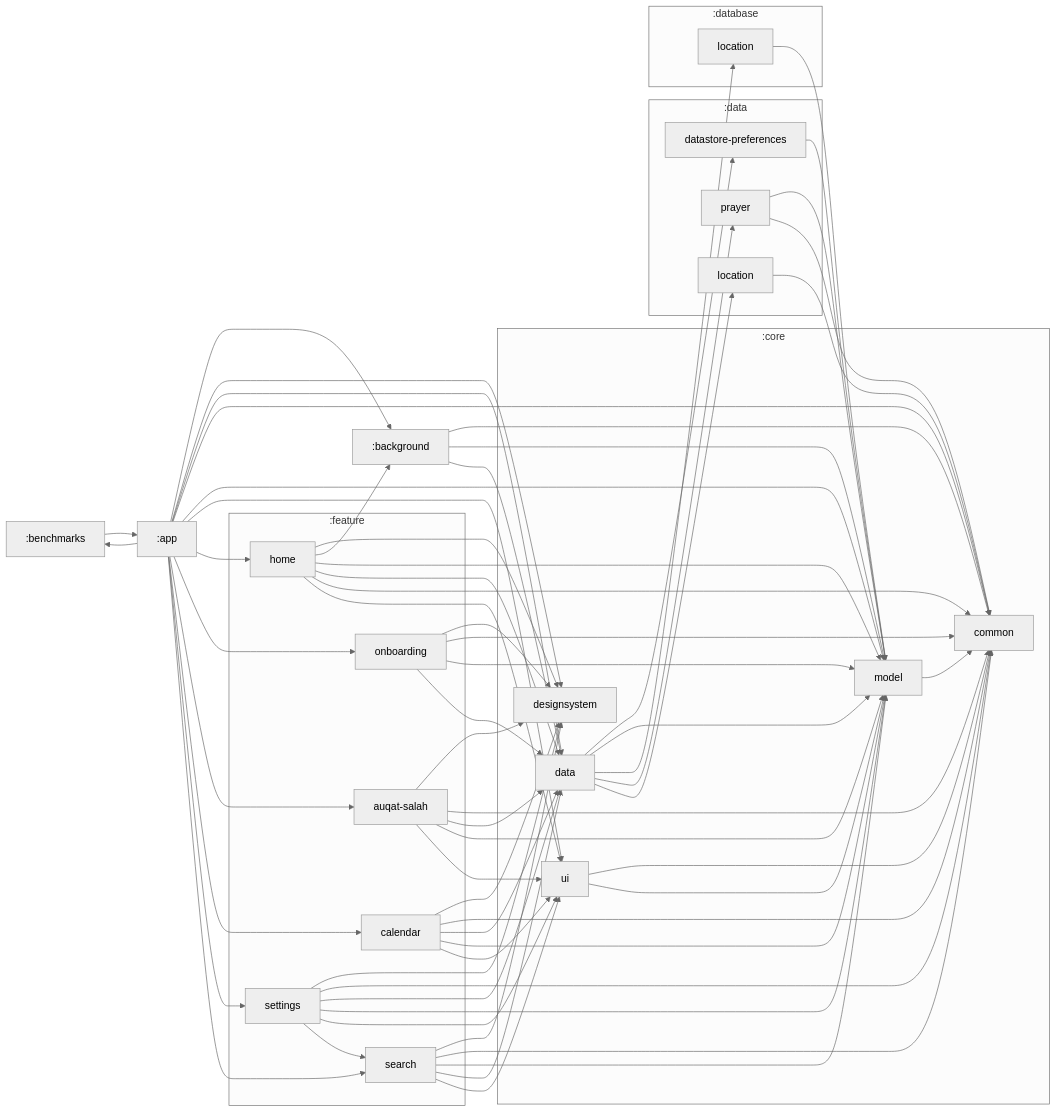
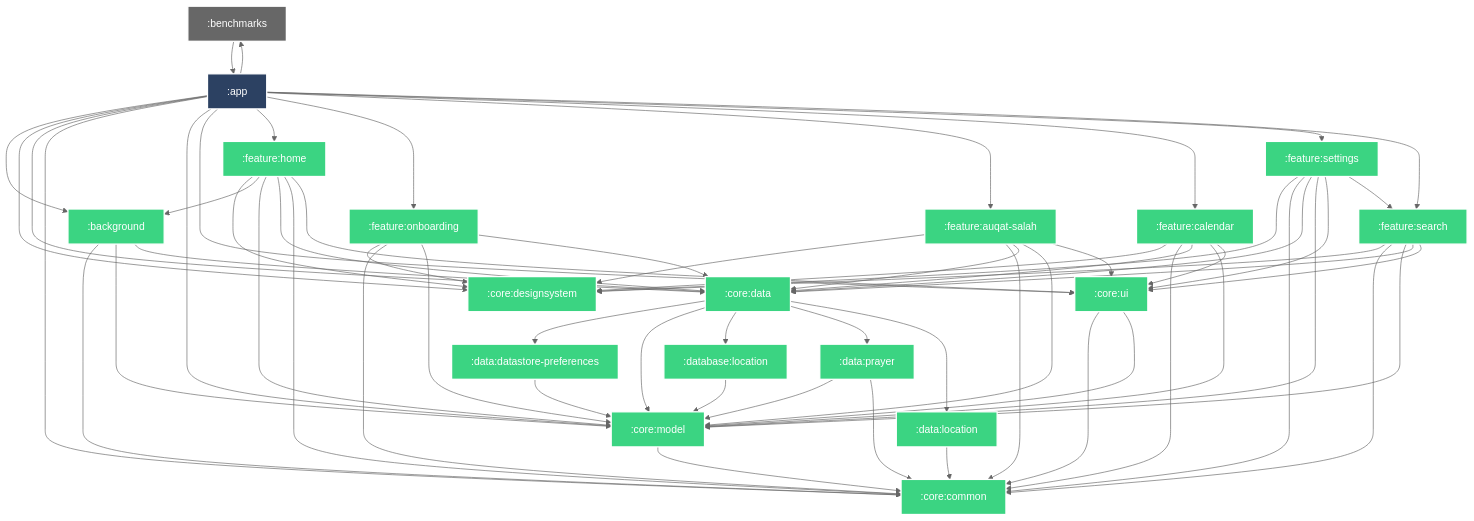
One commit to MAshhal/VencordThemes changed the diagram in README.md. Above: the diagram before and after it, drawn with Mermaid.

````diff
--- a/README.md
+++ b/README.md
@@ -7,30 +7,7 @@
   }
 }%%
 
-graph LR
-  subgraph :core
-    :core:designsystem["designsystem"]
-    :core:common["common"]
-    :core:data["data"]
-    :core:model["model"]
-    :core:ui["ui"]
-  end
-  subgraph :data
-    :data:prayer["prayer"]
-    :data:datastore-preferences["datastore-preferences"]
-    :data:location["location"]
-  end
-  subgraph :database
-    :database:location["location"]
-  end
-  subgraph :feature
-    :feature:calendar["calendar"]
-    :feature:settings["settings"]
-    :feature:search["search"]
-    :feature:home["home"]
-    :feature:onboarding["onboarding"]
-    :feature:auqat-salah["auqat-salah"]
-  end
+graph TB
   :feature:calendar --> :core:designsystem
   :feature:calendar --> :core:common
   :feature:calendar --> :core:data
@@ -92,4 +69,27 @@
   :core:ui --> :core:common
   :core:ui --> :core:model
   :data:datastore-preferences --> :core:model
+
+classDef android-library fill:#3BD482,stroke:#fff,stroke-width:2px,color:#fff;
+classDef unknown fill:#676767,stroke:#fff,stroke-width:2px,color:#fff;
+classDef android-application fill:#2C4162,stroke:#fff,stroke-width:2px,color:#fff;
+class :feature:calendar android-library
+class :core:designsystem android-library
+class :core:common android-library
+class :core:data android-library
+class :core:model android-library
+class :core:ui android-library
+class :data:prayer android-library
+class :benchmarks unknown
+class :app android-application
+class :database:location android-library
+class :feature:settings android-library
+class :feature:search android-library
+class :background android-library
+class :feature:home android-library
+class :feature:onboarding android-library
+class :feature:auqat-salah android-library
+class :data:datastore-preferences android-library
+class :data:location android-library
+
 ```
````
